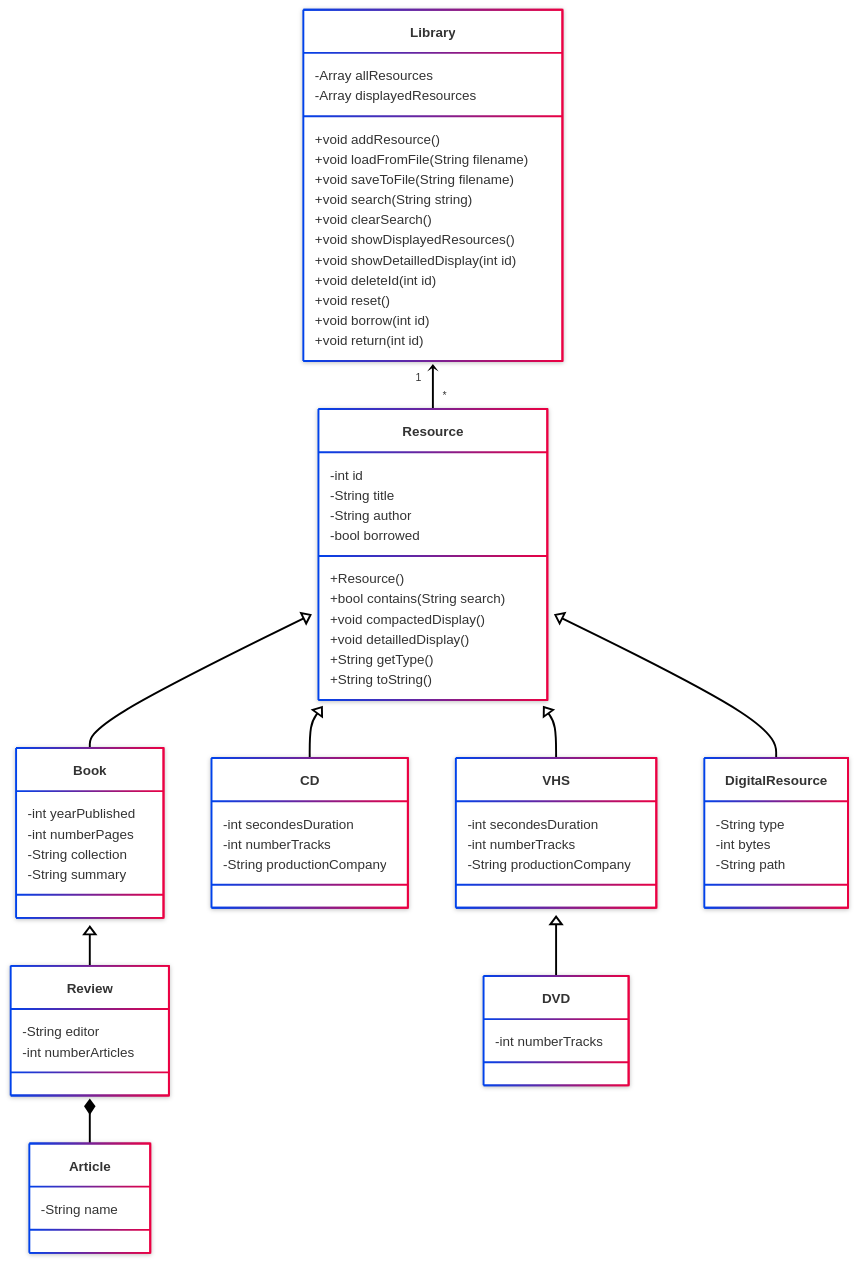
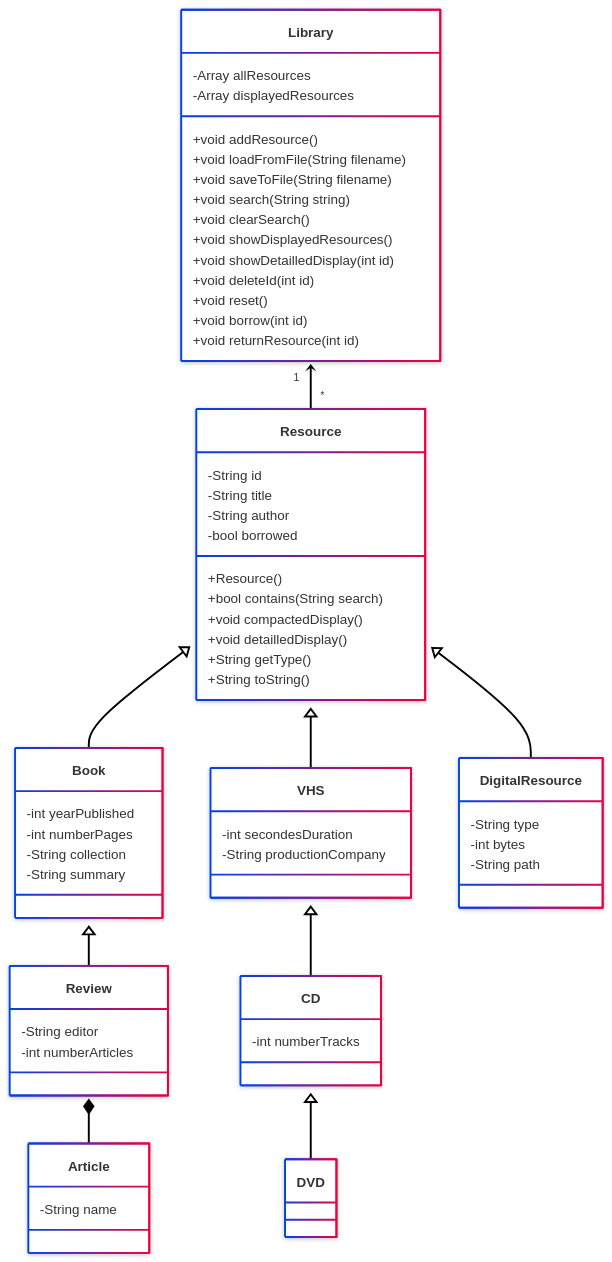
Before and after one commit to eloiseLBC/projetCpp: the first of 3 diagrams in README.md, drawn with Mermaid. The commit also changed 17 other files, not shown here.

Commit message:
:sparkles: Add all resources and methods

````diff
--- a/README.md
+++ b/README.md
@@ -13,24 +13,24 @@
 ---
 classDiagram
 direction TB
-class Library {
--Array allResources
--Array displayedResources
-+void addResource()
-+void loadFromFile(String filename)
-+void saveToFile(String filename)
-+void search(String string)
-+void clearSearch()
-+void showDisplayedResources()
-+void showDetailledDisplay(int id)
-+void deleteId(int id)
-+void reset()
-+void borrow(int id)
-+void return(int id)
-}
+    class Library {
+        -Array allResources
+        -Array displayedResources
+        +void addResource()
+        +void loadFromFile(String filename)
+        +void saveToFile(String filename)
+        +void search(String string)
+        +void clearSearch()
+        +void showDisplayedResources()
+        +void showDetailledDisplay(int id)
+        +void deleteId(int id)
+        +void reset()
+        +void borrow(int id)
+        +void returnResource(int id)
+    }
 
     class Resource {
-        -int id
+        -String id
 	    -String title
 	    -String author
         -bool borrowed
@@ -49,15 +49,8 @@
 	    -String summary
     }
 
-    class CD {
-	    -int secondesDuration
-	    -int numberTracks
-	    -String productionCompany
-    }
-
     class VHS {
 	    -int secondesDuration
-	    -int numberTracks
 	    -String productionCompany
     }
     
@@ -76,16 +69,16 @@
         -String name
     }
 
-    class DVD {
+    class CD {
         -int numberTracks
     }
 
     Resource <|-- Book
-    Resource <|-- CD
     Resource <|-- VHS
     Resource <|-- DigitalResource
     Book <|-- Review
-    VHS <|-- DVD
+    VHS <|-- CD
+    CD <|-- DVD
     Library "1"<--"*" Resource
     Review *-- Article
 ```
````
